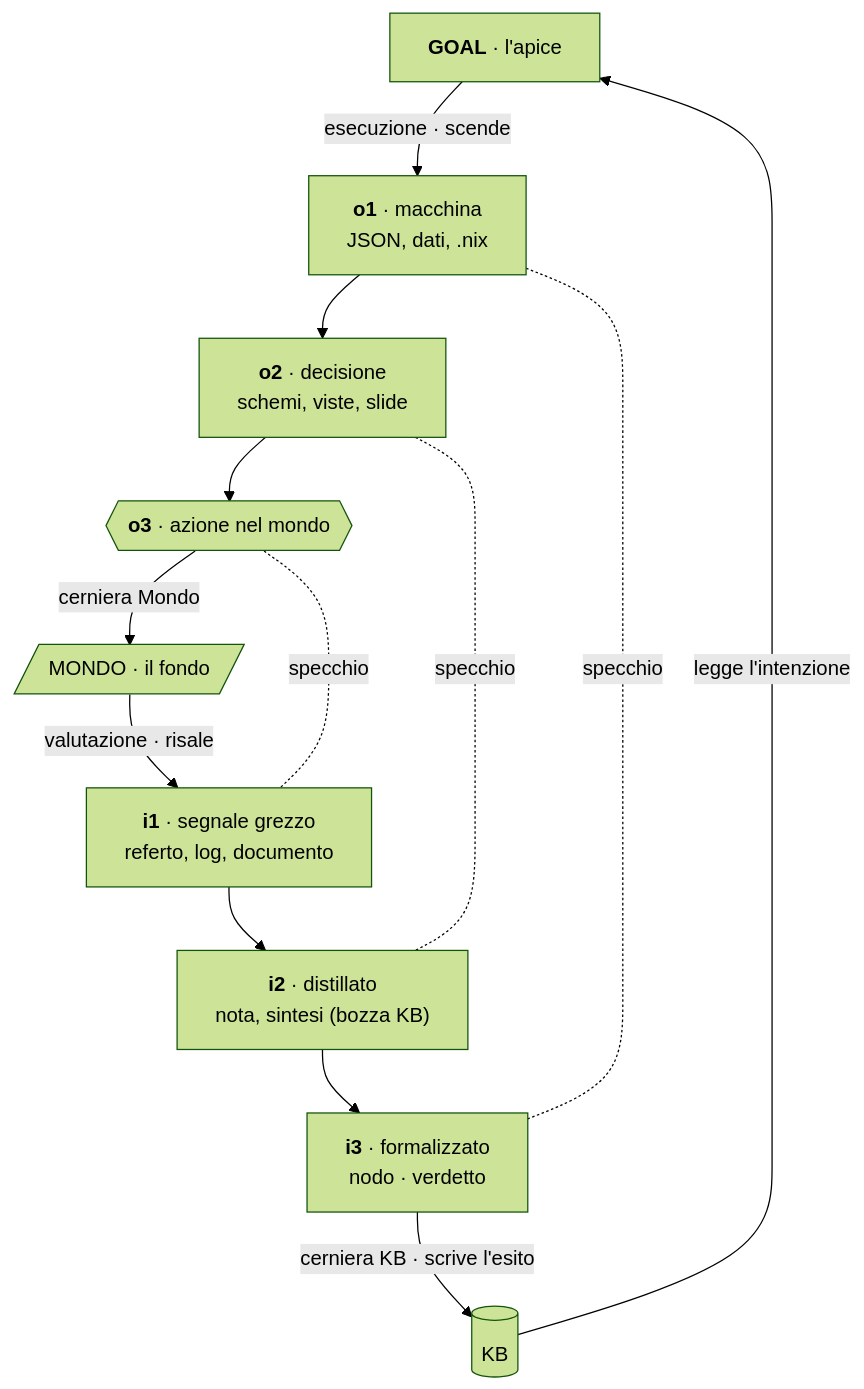
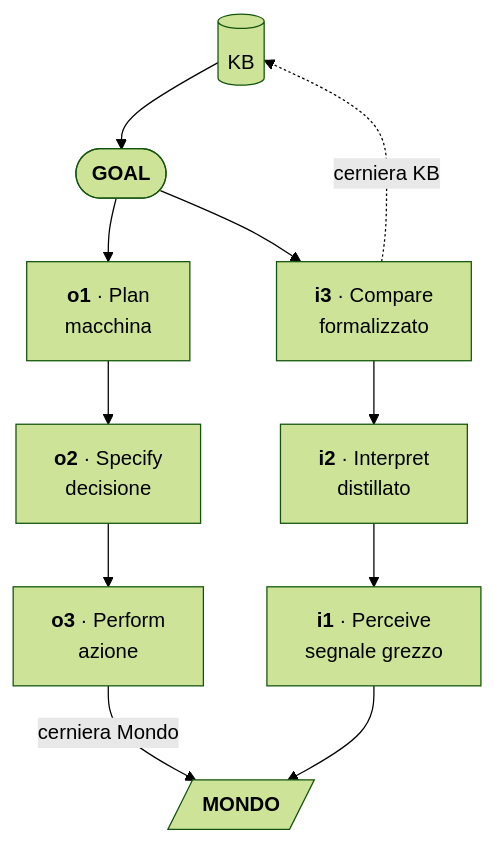
One commit to steledama/method changed the third of 8 diagrams in presentazione/metodo-in-sintesi.md. Above: the diagram before and after it, drawn with Mermaid (forest theme). The commit also changed other lines of this file, not shown here.

Commit message:
docs(presentazione): ciclo come diamante di Norman, fix riquadro cap. 1
- cap. 3: il ciclo dell'azione ridisegnato nella forma originale di Norman
  (Goal/KB in cima, output a sinistra, Mondo in fondo, input a destra);
  la simmetria emerge dalla forma, tolta l'enumerazione esplicita dello
  specchio — tenuta solo la cerniera-KB, che non si vede dal disegno
- cap. 1: accorciata l'etichetta del riquadro «sistema cognitivo» così
  METODO non si sovrappone più al bordo; resa LR risolta
- entrambi verificati renderizzando il PDF e ispezionando le pagine

````diff
--- a/presentazione/metodo-in-sintesi.md
+++ b/presentazione/metodo-in-sintesi.md
@@ -59,26 +59,23 @@
 ```mermaid
 flowchart TB
-    GOAL["<b>GOAL</b> · l'apice"]
     KB[("KB")]
-    o1["<b>o1</b> · macchina<br/>JSON, dati, .nix"]
-    o2["<b>o2</b> · decisione<br/>schemi, viste, slide"]
-    o3{{"<b>o3</b> · azione nel mondo"}}
-    i1["<b>i1</b> · segnale grezzo<br/>referto, log, documento"]
-    i2["<b>i2</b> · distillato<br/>nota, sintesi (bozza KB)"]
-    i3["<b>i3</b> · formalizzato<br/>nodo · verdetto"]
-    MONDO[/"MONDO · il fondo"/]
+    GOAL(["<b>GOAL</b>"])
+    o1["<b>o1</b> · Plan<br/>macchina"]
+    o2["<b>o2</b> · Specify<br/>decisione"]
+    o3["<b>o3</b> · Perform<br/>azione"]
+    i3["<b>i3</b> · Compare<br/>formalizzato"]
+    i2["<b>i2</b> · Interpret<br/>distillato"]
+    i1["<b>i1</b> · Perceive<br/>segnale grezzo"]
+    MONDO[/"<b>MONDO</b>"/]
 
-    KB -->|legge l'intenzione| GOAL
-    GOAL -->|esecuzione · scende| o1
+    KB --> GOAL
+    GOAL --> o1
     o1 --> o2
     o2 --> o3
     o3 -->|cerniera Mondo| MONDO
-    MONDO -->|valutazione · risale| i1
-    i1 --> i2
-    i2 --> i3
-    i3 -->|cerniera KB · scrive l'esito| KB
-
-    o1 -. specchio .- i3
-    o2 -. specchio .- i2
-    o3 -. specchio .- i1
+    GOAL --> i3
+    i3 --> i2
+    i2 --> i1
+    i1 --> MONDO
+    i3 -.->|cerniera KB| KB
 ```
````
